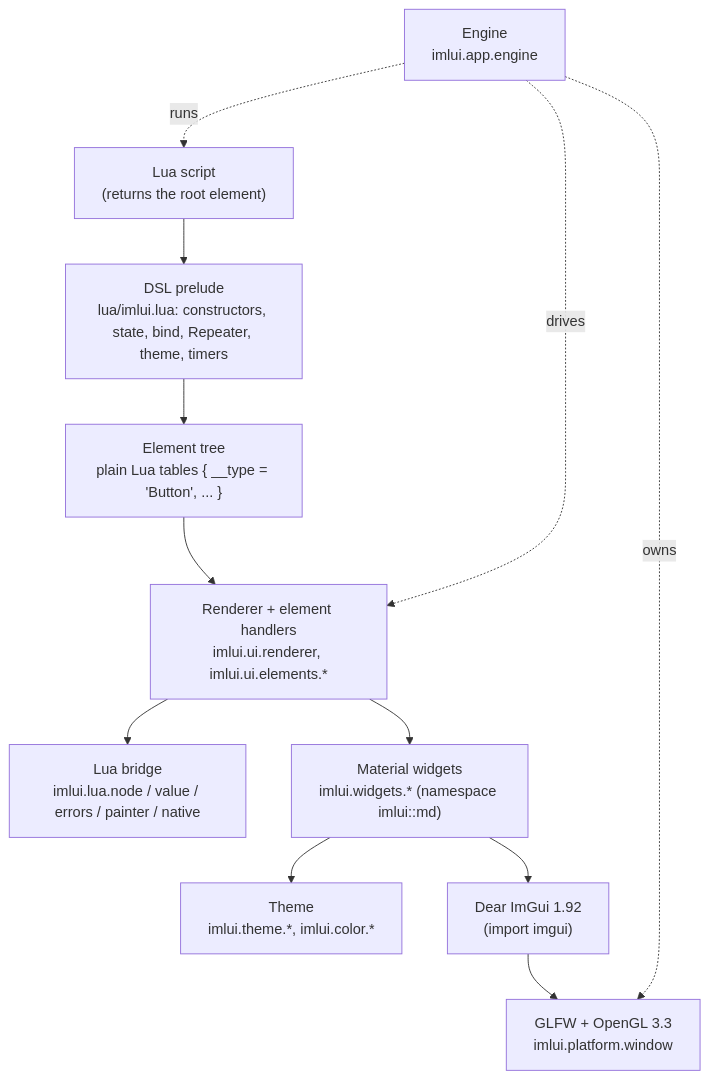
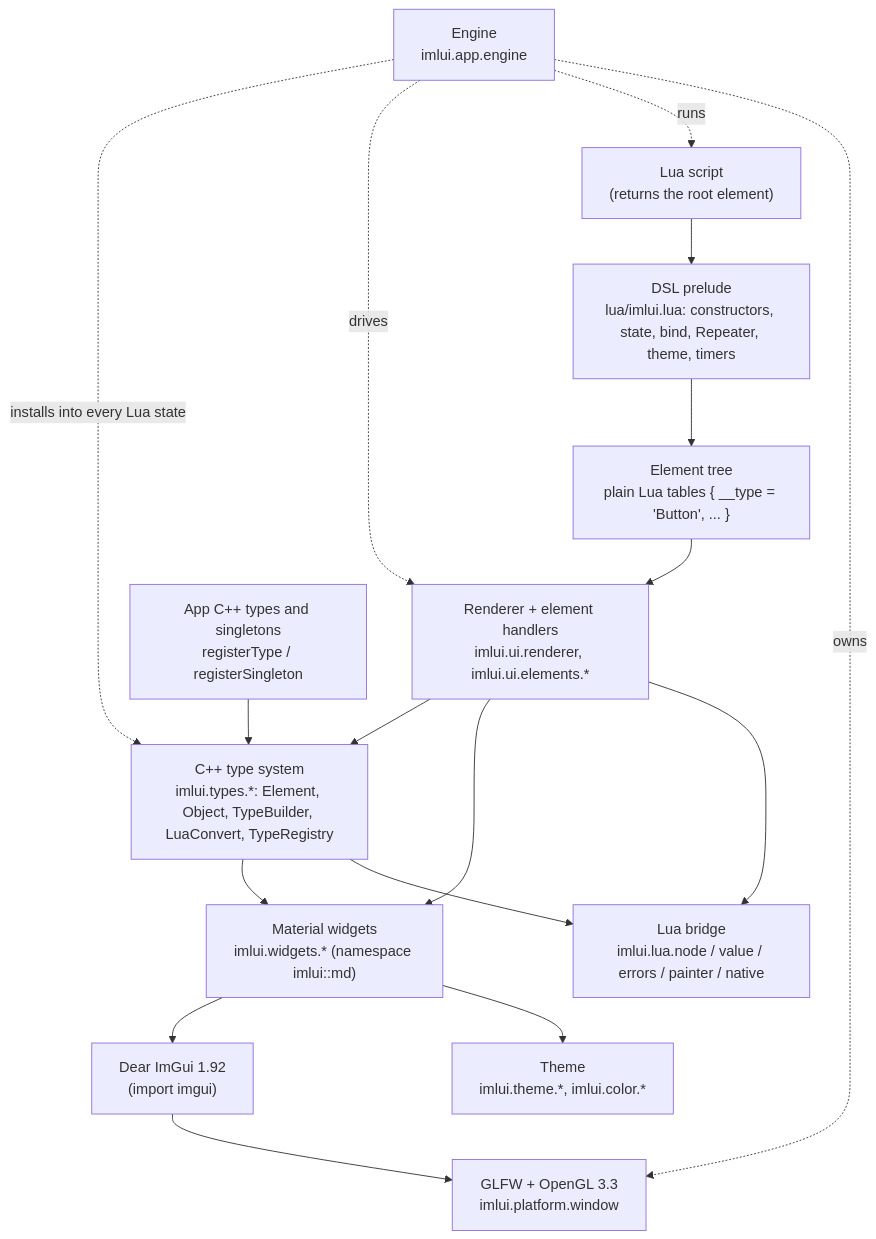
Before and after one commit to MyJules/imlui: the diagram in docs/architecture.md, drawn with Mermaid. The commit also changed other lines of this file and 33 other files, not shown here.

Commit message:
QML-style C++ type registration: Object/Element/TypeBuilder, singletons, custom-types example

````diff
--- a/docs/architecture.md
+++ b/docs/architecture.md
@@ -5,14 +5,19 @@
 ```mermaid
 flowchart TD
     S["Lua script<br/>(returns the root element)"] --> P["DSL prelude<br/>lua/imlui.lua: constructors, state, bind, Repeater, theme, timers"]
     P --> T["Element tree<br/>plain Lua tables { __type = 'Button', ... }"]
     T --> R["Renderer + element handlers<br/>imlui.ui.renderer, imlui.ui.elements.*"]
     R --> N["Lua bridge<br/>imlui.lua.node / value / errors / painter / native"]
     R --> W["Material widgets<br/>imlui.widgets.* (namespace imlui::md)"]
+    R --> TY["C++ type system<br/>imlui.types.*: Element, Object, TypeBuilder, LuaConvert, TypeRegistry"]
+    TY --> N
+    TY --> W
+    C["App C++ types and singletons<br/>registerType / registerSingleton"] --> TY
     W --> TH["Theme<br/>imlui.theme.*, imlui.color.*"]
     W --> I["Dear ImGui 1.92<br/>(import imgui)"]
     I --> G["GLFW + OpenGL 3.3<br/>imlui.platform.window"]
     E["Engine<br/>imlui.app.engine"] -.owns.-> G
     E -.runs.-> S
     E -.drives.-> R
+    E -.installs into every Lua state.-> TY
 ```
````
